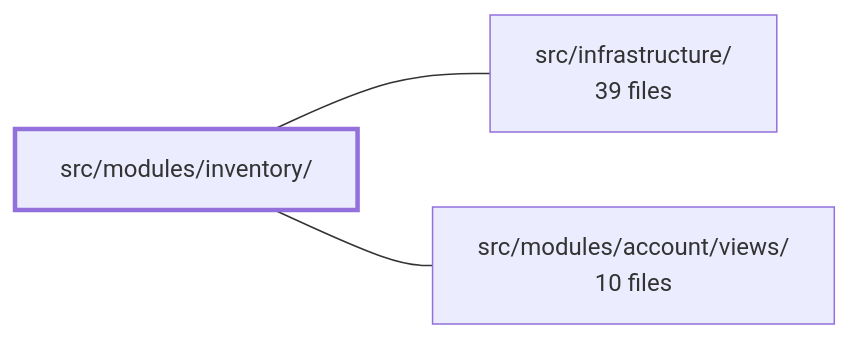
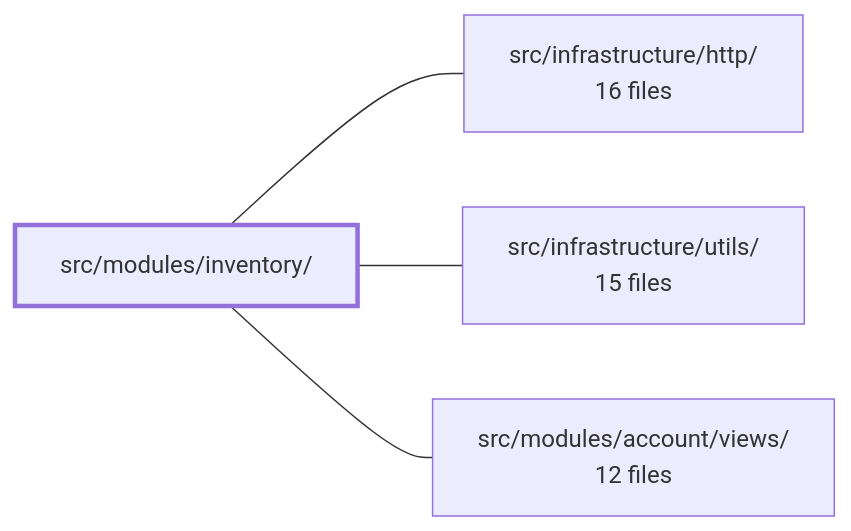
Before and after one commit to Guebbit/boilerplate-vue-frontend: the diagram in .2brain/modules/boilerplate-vue-frontend_src_modules_inventory.md, drawn with Mermaid. The commit also changed other lines of this file and 960 other files, not shown here.

````diff
--- a/.2brain/modules/boilerplate-vue-frontend_src_modules_inventory.md
+++ b/.2brain/modules/boilerplate-vue-frontend_src_modules_inventory.md
@@ -39,9 +41,11 @@
 ```mermaid
 flowchart LR
     m_src_modules_inventory["src/modules/inventory/"]
-    m_src_infrastructure["src/infrastructure/<br/>39 files"]
-    m_src_modules_account_views["src/modules/account/views/<br/>10 files"]
-    m_src_modules_inventory --- m_src_infrastructure
+    m_src_infrastructure_http["src/infrastructure/http/<br/>16 files"]
+    m_src_infrastructure_utils["src/infrastructure/utils/<br/>15 files"]
+    m_src_modules_account_views["src/modules/account/views/<br/>12 files"]
+    m_src_modules_inventory --- m_src_infrastructure_http
+    m_src_modules_inventory --- m_src_infrastructure_utils
     m_src_modules_inventory --- m_src_modules_account_views
     style m_src_modules_inventory stroke-width:3px
 ```
````
